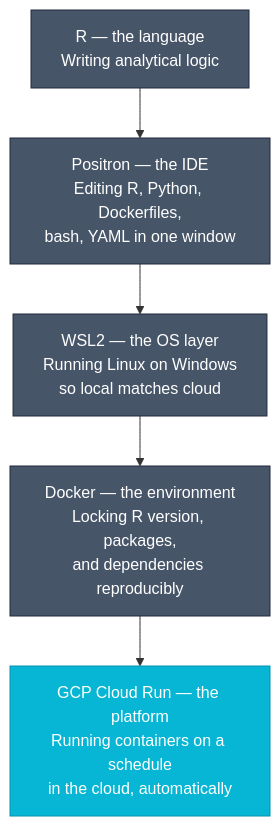
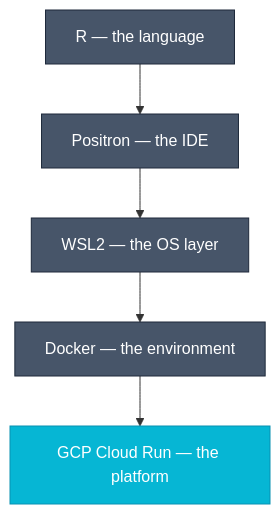
The third of 3 diagrams in docs/your-development-environment.md (Ch3w3y/docker_gcp), drawn with Mermaid before and after one commit. The commit also changed other lines of this file, not shown here.

Commit message:
fix(docs): remove literal \n from Mermaid node labels

````diff
--- a/docs/your-development-environment.md
+++ b/docs/your-development-environment.md
@@ -97,16 +97,16 @@
 ```mermaid
 flowchart TD
-    R["R — the language\nWriting analytical logic"]
-    P["Positron — the IDE\nEditing R, Python, Dockerfiles,\nbash, YAML in one window"]
-    W["WSL2 — the OS layer\nRunning Linux on Windows\nso local matches cloud"]
-    D["Docker — the environment\nLocking R version, packages,\nand dependencies reproducibly"]
-    G["GCP Cloud Run — the platform\nRunning containers on a schedule\nin the cloud, automatically"]
+    R["R — the language"]
+    P["Positron — the IDE"]
+    W["WSL2 — the OS layer"]
+    D["Docker — the environment"]
+    G["GCP Cloud Run — the platform"]
 
     R --> P --> W --> D --> G
 
     style R fill:#475569,stroke:#1e293b,color:#ffffff
     style P fill:#475569,stroke:#1e293b,color:#ffffff
     style W fill:#475569,stroke:#1e293b,color:#ffffff
     style D fill:#475569,stroke:#1e293b,color:#ffffff
     style G fill:#06b6d4,stroke:#0891b2,color:#ffffff
 ```
````
